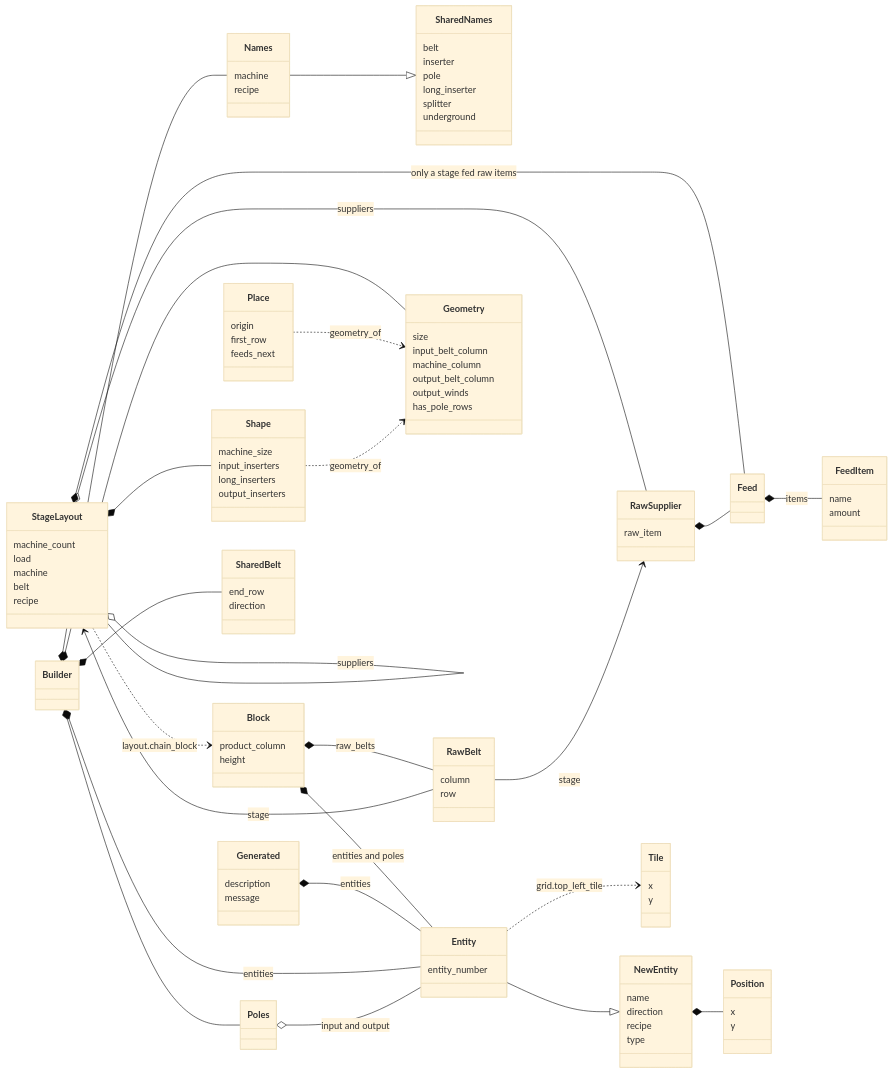
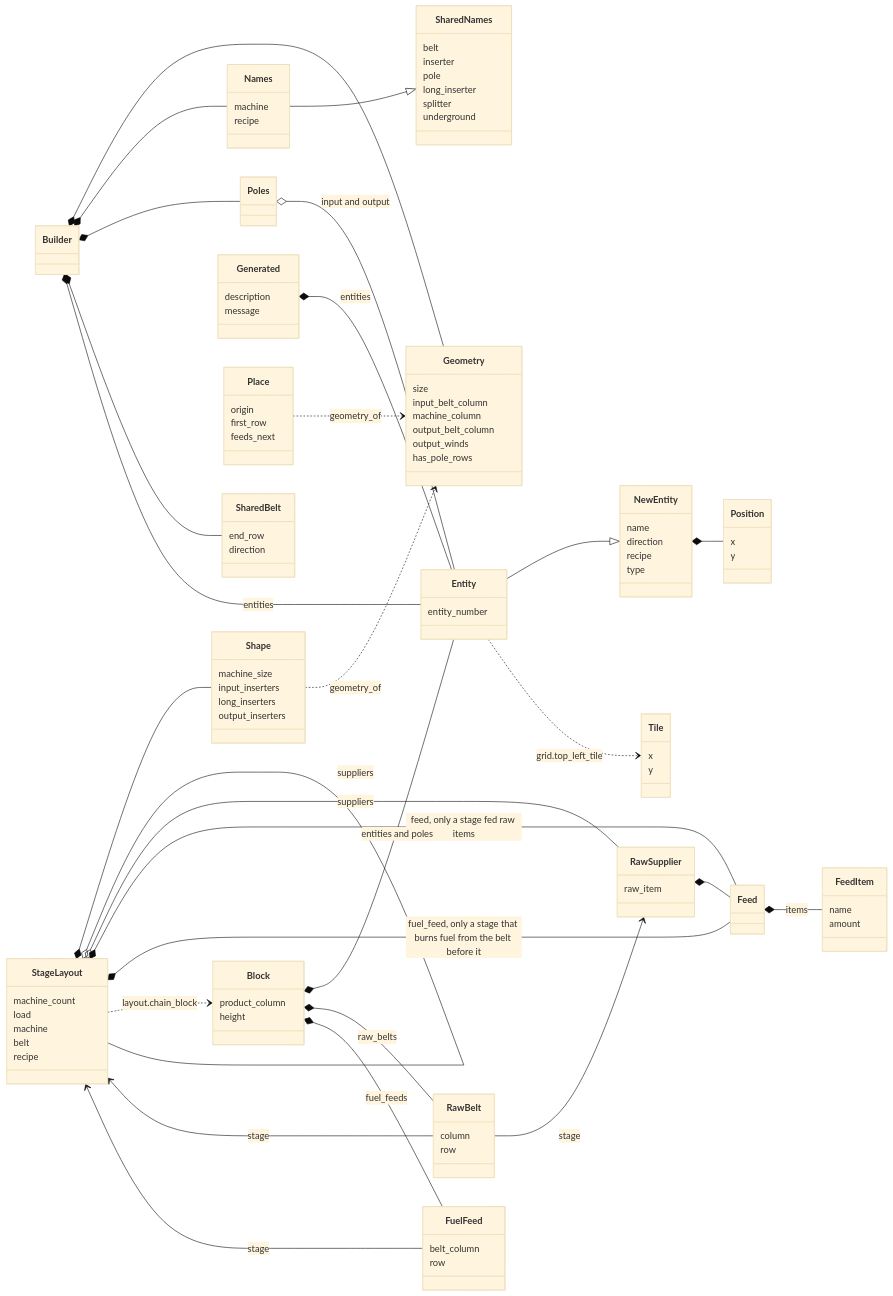
Before and after one commit to RibbonedAce/factorio-blueprint-generation: the fourth of 5 diagrams in TYPES.md, drawn with Mermaid (base theme). The commit also changed other lines of this file and 19 other files, not shown here.

```diff
--- a/TYPES.md
+++ b/TYPES.md
@@ -222,7 +222,8 @@
   StageLayout *-- Shape
   StageLayout o-- StageLayout : suppliers
   StageLayout o-- RawSupplier : suppliers
-  StageLayout *-- Feed : only a stage fed raw items
+  StageLayout *-- Feed : feed, only a stage fed raw items
+  StageLayout *-- Feed : fuel_feed, only a stage that burns fuel from the belt before it
   RawSupplier *-- Feed
   Feed *-- FeedItem : items
 
@@ -243,6 +244,10 @@
   class Block {
     product_column
     height
+  }
+  class FuelFeed {
+    belt_column
+    row
   }
   class RawBelt {
     column
@@ -275,6 +280,8 @@
   Entity ..> Tile : grid.top_left_tile
   Block *-- Entity : entities and poles
   Block *-- RawBelt : raw_belts
+  Block *-- FuelFeed : fuel_feeds
+  FuelFeed --> StageLayout : stage
   RawBelt --> StageLayout : stage
   RawBelt --> RawSupplier : stage
   Generated *-- Entity : entities
```
